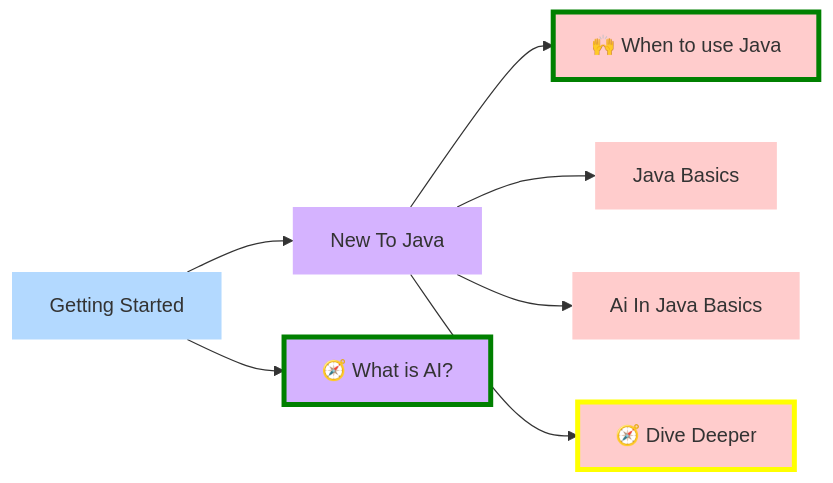
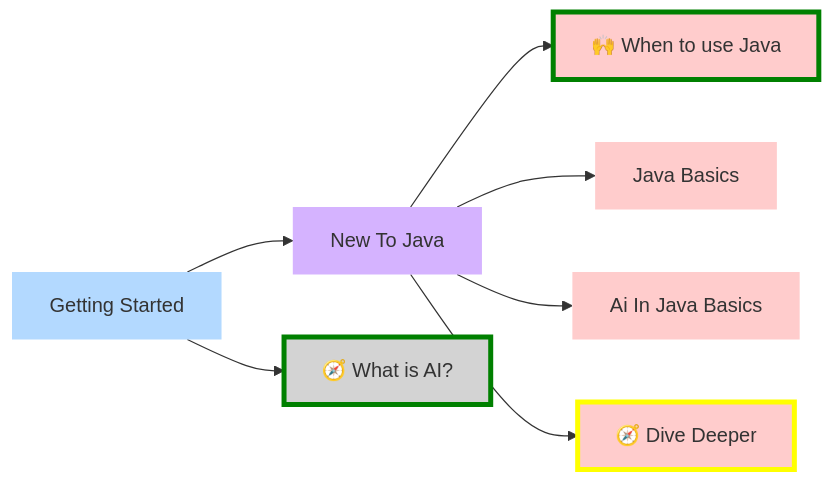
One commit to alexarguello/flatmap-docs-kit changed the diagram in docusaurus-resource/docs/00-getting-started/index.md. Above: the diagram before and after it, drawn with Mermaid. The commit also changed other lines of this file and 10 other files, not shown here.

````diff
--- a/docusaurus-resource/docs/00-getting-started/index.md
+++ b/docusaurus-resource/docs/00-getting-started/index.md
@@ -46,37 +46,37 @@
 ```mermaid
 graph LR
 n_00_getting_started["Getting Started"]
 n_00_getting_started_05_new_to_java["New To Java"]
 n_00_getting_started --> n_00_getting_started_05_new_to_java
 n_00_getting_started_05_new_to_java_40_when_java_md["🙌 When to use Java"]
 n_00_getting_started_05_new_to_java --> n_00_getting_started_05_new_to_java_40_when_java_md
 n_00_getting_started_05_new_to_java_10_java_basics["Java Basics"]
 n_00_getting_started_05_new_to_java --> n_00_getting_started_05_new_to_java_10_java_basics
 n_00_getting_started_05_new_to_java_20_ai_in_java_basics["Ai In Java Basics"]
 n_00_getting_started_05_new_to_java --> n_00_getting_started_05_new_to_java_20_ai_in_java_basics
 n_00_getting_started_05_new_to_java_30_dive_deeper_md["🧭 Dive Deeper"]
 n_00_getting_started_05_new_to_java --> n_00_getting_started_05_new_to_java_30_dive_deeper_md
 n_00_getting_started_what_is_ai_md["🧭 What is AI?"]
 n_00_getting_started --> n_00_getting_started_what_is_ai_md
 click n_00_getting_started "/docs/getting-started"
 click n_00_getting_started_05_new_to_java "/docs/getting-started/new-to-java"
 click n_00_getting_started_05_new_to_java_40_when_java_md "/docs/getting-started/new-to-java/when-java"
 click n_00_getting_started_05_new_to_java_10_java_basics "/docs/getting-started/new-to-java/java-basics"
 click n_00_getting_started_05_new_to_java_20_ai_in_java_basics "/docs/getting-started/new-to-java/ai-in-java-basics"
 click n_00_getting_started_05_new_to_java_30_dive_deeper_md "/docs/getting-started/new-to-java/dive-deeper"
 click n_00_getting_started_what_is_ai_md "/docs/getting-started/what-is-ai"
 classDef col0 fill:#b3d9ff,stroke:none;
 classDef col1 fill:#d5b3ff,stroke:none;
 classDef col2 fill:#ffcccc,stroke:none;
 class n_00_getting_started_05_new_to_java_10_java_basics col2;
 class n_00_getting_started_05_new_to_java_20_ai_in_java_basics col2;
 class n_00_getting_started_05_new_to_java col1;
 class n_00_getting_started col0;
 classDef custom0 fill:#ffcccc,stroke:green,stroke-width:4px,stroke-dasharray:0;
 class n_00_getting_started_05_new_to_java_40_when_java_md custom0;
 classDef custom1 fill:#ffcccc,stroke:yellow,stroke-width:4px,stroke-dasharray:0;
 class n_00_getting_started_05_new_to_java_30_dive_deeper_md custom1;
-classDef custom2 fill:#d5b3ff,stroke:green,stroke-width:4px,stroke-dasharray:0;
+classDef custom2 fill:lightgrey,stroke:green,stroke-width:4px,stroke-dasharray:0;
 class n_00_getting_started_what_is_ai_md custom2;
 linkStyle default interpolate basis
 ```
````
